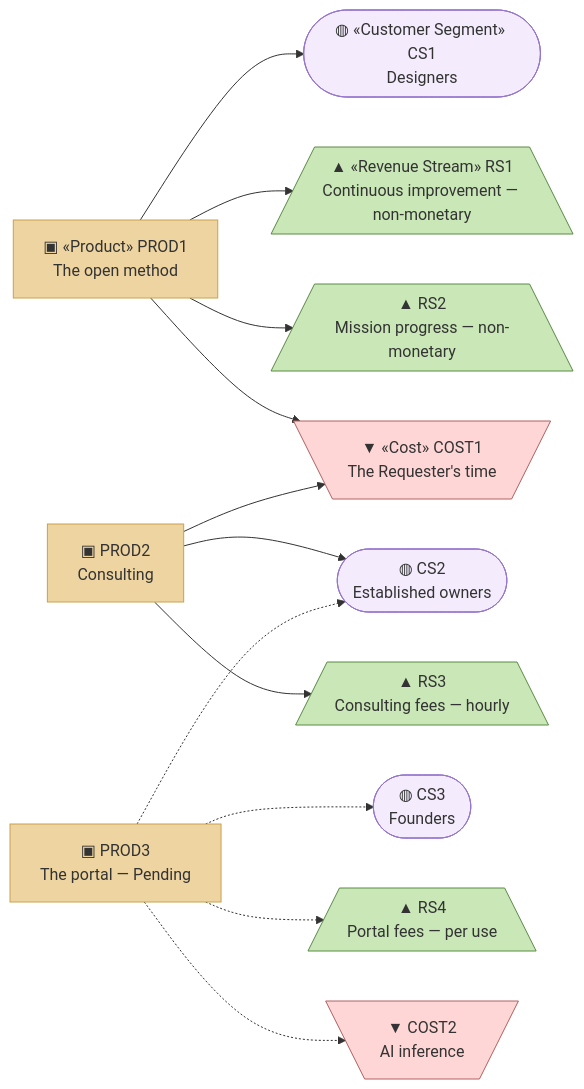
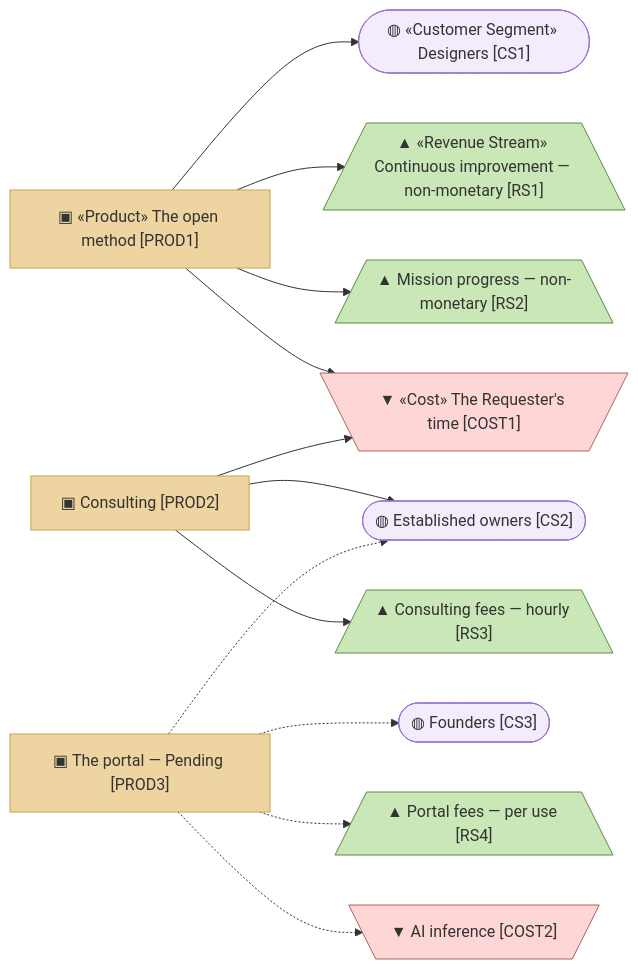
One commit to roanboc/architecture-archreator changed the second of 4 diagrams in org-archreator/architecture/0_business-design/2_business-model-canvas.md. Above: the diagram before and after it, drawn with Mermaid. The commit also changed other lines of this file and 38 other files, not shown here.

````diff
--- a/org-archreator/architecture/0_business-design/2_business-model-canvas.md
+++ b/org-archreator/architecture/0_business-design/2_business-model-canvas.md
@@ -103,37 +103,37 @@
 ```mermaid
 flowchart LR
-  prod1["▣ «Product» PROD1<br>The open method"]:::product
-  prod2["▣ PROD2<br>Consulting"]:::product
-  prod3["▣ PROD3<br>The portal — Pending"]:::product
+  prod1["▣ «Product» The open method [PROD1]"]:::product
+  prod2["▣ Consulting [PROD2]"]:::product
+  prod3["▣ The portal — Pending [PROD3]"]:::product
 
-  cs1(["◍ «Customer Segment» CS1<br>Designers"]):::segment
-  cs2(["◍ CS2<br>Established owners"]):::segment
-  cs3(["◍ CS3<br>Founders"]):::segment
+  cs1(["◍ «Customer Segment» Designers [CS1]"]):::segment
+  cs2(["◍ Established owners [CS2]"]):::segment
+  cs3(["◍ Founders [CS3]"]):::segment
 
-  rs1[/"▲ «Revenue Stream» RS1<br>Continuous improvement — non-monetary"\]:::revenue
-  rs2[/"▲ RS2<br>Mission progress — non-monetary"\]:::revenue
-  rs3[/"▲ RS3<br>Consulting fees — hourly"\]:::revenue
-  rs4[/"▲ RS4<br>Portal fees — per use"\]:::revenue
+  rs1[/"▲ «Revenue Stream» Continuous improvement — non-monetary [RS1]"\]:::revenue
+  rs2[/"▲ Mission progress — non-monetary [RS2]"\]:::revenue
+  rs3[/"▲ Consulting fees — hourly [RS3]"\]:::revenue
+  rs4[/"▲ Portal fees — per use [RS4]"\]:::revenue
 
-  cost1[\"▼ «Cost» COST1<br>The Requester's time"/]:::cost
-  cost2[\"▼ COST2<br>AI inference"/]:::cost
+  cost1[\"▼ «Cost» The Requester's time [COST1]"/]:::cost
+  cost2[\"▼ AI inference [COST2]"/]:::cost
 
   prod1 --> cs1
   prod2 --> cs2
   prod3 -.-> cs2
   prod3 -.-> cs3
 
   prod1 --> rs1
   prod1 --> rs2
   prod2 --> rs3
   prod3 -.-> rs4
 
   prod1 --> cost1
   prod2 --> cost1
   prod3 -.-> cost2
 
   classDef product fill:#eed4a0,stroke:#c8a24a,color:#333
   classDef segment fill:#f4ecfc,stroke:#9575cd,color:#333
   classDef revenue fill:#c9e7b7,stroke:#5a8a45,color:#333
   classDef cost fill:#ffd6d6,stroke:#b06060,color:#333
 ```
````
